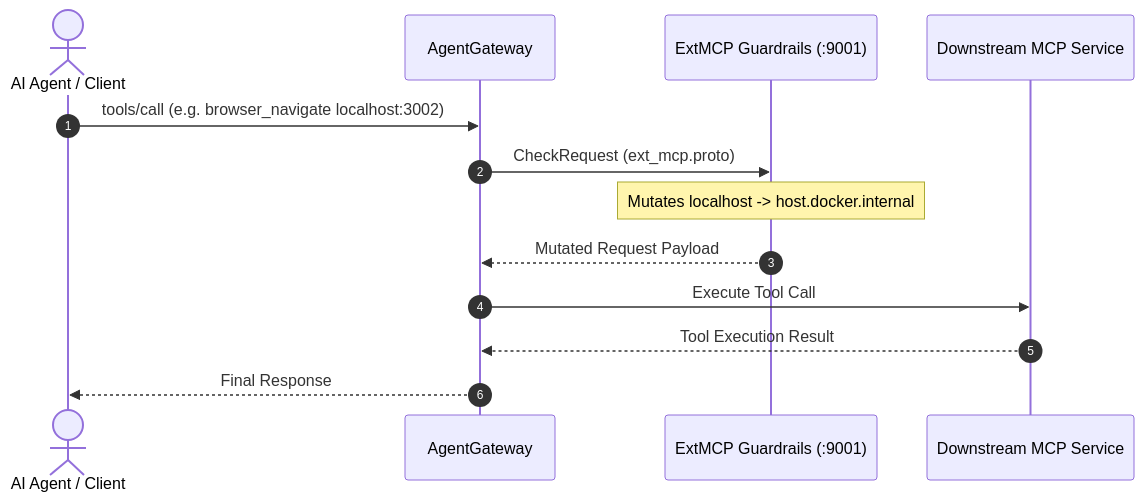
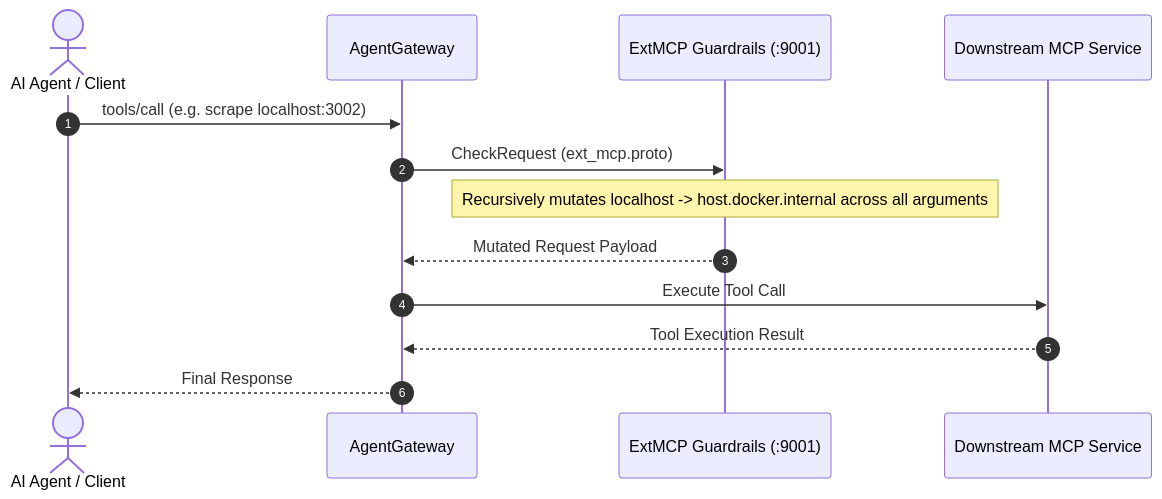
One commit to tupynambalucas/tupynambalucas changed the diagram in cortex/mcp/guardrails/README.md. Above: the diagram before and after it, drawn with Mermaid. The commit also changed other lines of this file and 172 other files, not shown here.

````diff
--- a/cortex/mcp/guardrails/README.md
+++ b/cortex/mcp/guardrails/README.md
@@ -19,16 +19,16 @@
 ```mermaid
 sequenceDiagram
   autonumber
   actor Agent as AI Agent / Client
   participant GW as AgentGateway
   participant GR as ExtMCP Guardrails (:9001)
   participant MCP as Downstream MCP Service
 
-  Agent->>GW: tools/call (e.g. browser_navigate localhost:3002)
+  Agent->>GW: tools/call (e.g. scrape localhost:3002)
   GW->>GR: CheckRequest (ext_mcp.proto)
-  Note over GR: Mutates localhost -> host.docker.internal
+  Note over GR: Recursively mutates localhost -> host.docker.internal across all arguments
   GR-->>GW: Mutated Request Payload
   GW->>MCP: Execute Tool Call
   MCP-->>GW: Tool Execution Result
   GW-->>Agent: Final Response
 ```
````
